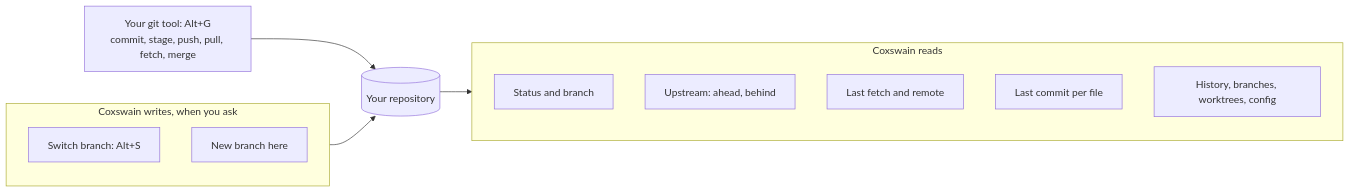
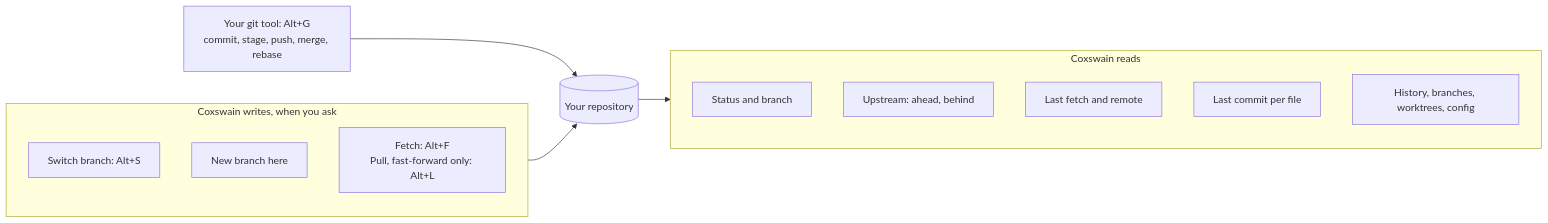
One commit to mwo-dk/coxswain changed the diagram in docs/panels/git.md. Above: the diagram before and after it, drawn with Mermaid. The commit also changed other lines of this file and 62 other files, not shown here.

Commit message:
Fetch and Pull as actions in both apps: fast-forward only, never a merge or rebase, never a terminal prompt

````diff
--- a/docs/panels/git.md
+++ b/docs/panels/git.md
@@ -59,19 +63,20 @@
 ```mermaid
 flowchart LR
     repo[("Your repository")]
     subgraph reads["Coxswain reads"]
         r1["Status and branch"]
         r2["Upstream: ahead, behind"]
         r3["Last fetch and remote"]
         r4["Last commit per file"]
         r5["History, branches, worktrees, config"]
     end
     subgraph writes["Coxswain writes, when you ask"]
         w1["Switch branch: Alt+S"]
         w2["New branch here"]
+        w3["Fetch: Alt+F<br/>Pull, fast-forward only: Alt+L"]
     end
-    tool["Your git tool: Alt+G<br/>commit, stage, push, pull, fetch, merge"]
+    tool["Your git tool: Alt+G<br/>commit, stage, push, merge, rebase"]
     repo --> reads
     writes --> repo
     tool --> repo
 ```
````
